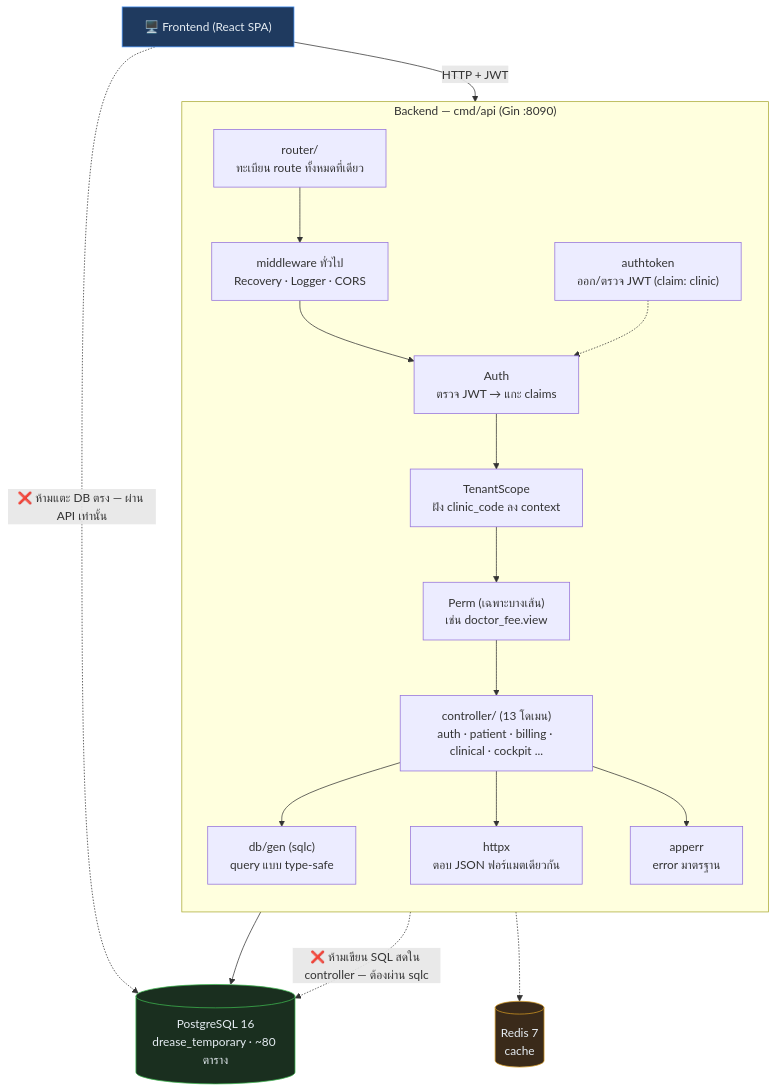
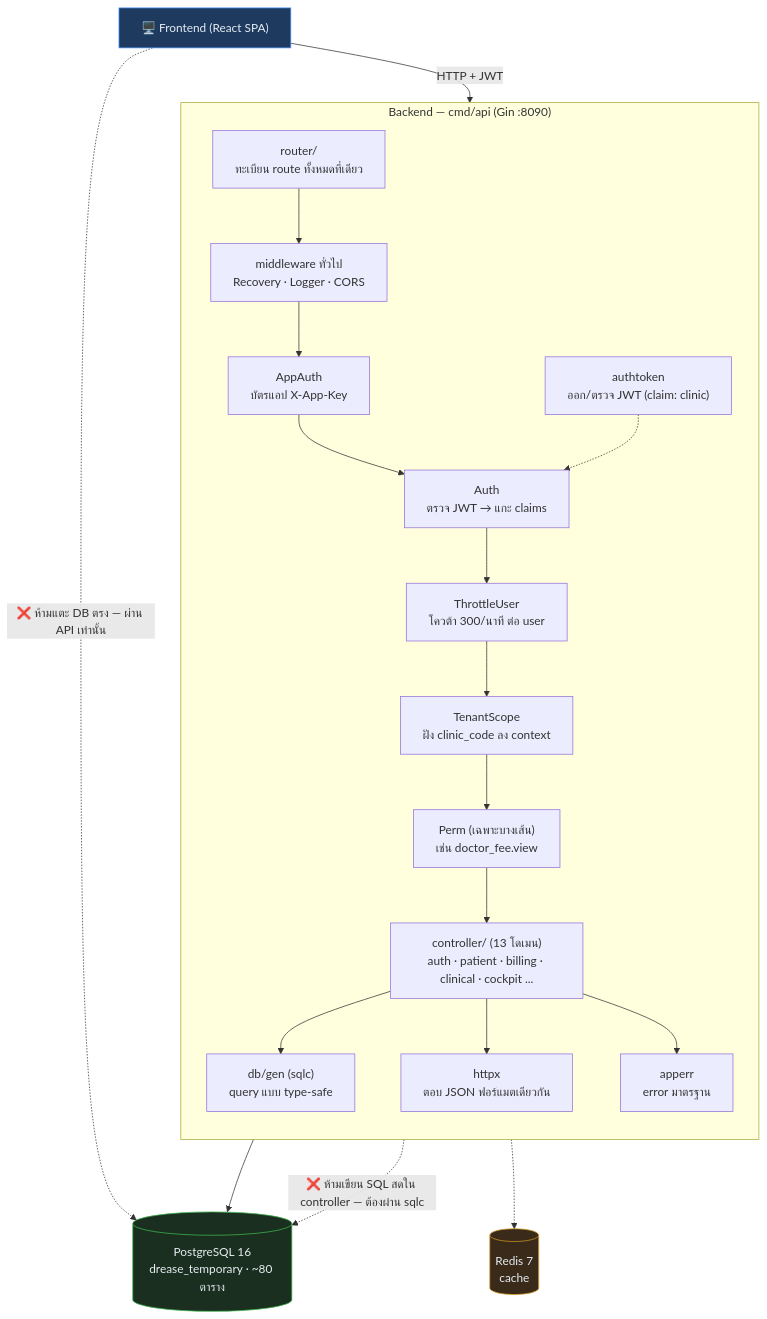
Before and after one commit to atiz-official/atiz-official.github.io: the diagram in docs/BACKEND.md, drawn with Mermaid. The commit also changed other lines of this file and 5 other files, not shown here.

````diff
--- a/docs/BACKEND.md
+++ b/docs/BACKEND.md
@@ -37,27 +39,29 @@
 ```mermaid
 flowchart TD
     FE["🖥️ Frontend (React SPA)"] -- "HTTP + JWT" --> R
 
     subgraph SRV["Backend — cmd/api (Gin :8090)"]
         direction TB
         R["router/<br/>ทะเบียน route ทั้งหมดที่เดียว"] --> M1["middleware ทั่วไป<br/>Recovery · Logger · CORS"]
-        M1 --> A["Auth<br/>ตรวจ JWT → แกะ claims"]
-        A --> T["TenantScope<br/>ฝัง clinic_code ลง context"]
+        M1 --> AP["AppAuth<br/>บัตรแอป X-App-Key"]
+        AP --> A["Auth<br/>ตรวจ JWT → แกะ claims"]
+        A --> TU["ThrottleUser<br/>โควต้า 300/นาที ต่อ user"]
+        TU --> T["TenantScope<br/>ฝัง clinic_code ลง context"]
         T --> P["Perm (เฉพาะบางเส้น)<br/>เช่น doctor_fee.view"]
         P --> C["controller/ (13 โดเมน)<br/>auth · patient · billing · clinical · cockpit ..."]
         C --> Q["db/gen (sqlc)<br/>query แบบ type-safe"]
         C --> H["httpx<br/>ตอบ JSON ฟอร์แมตเดียวกัน"]
         C --> E["apperr<br/>error มาตรฐาน"]
         AT["authtoken<br/>ออก/ตรวจ JWT (claim: clinic)"] -.-> A
     end
 
     Q --> PG[("PostgreSQL 16<br/>drease_temporary · ~80 ตาราง")]
     SRV -.-> RD[("Redis 7<br/>cache")]
 
     C -. "❌ ห้ามเขียน SQL สดใน controller — ต้องผ่าน sqlc" .-> PG
     FE -. "❌ ห้ามแตะ DB ตรง — ผ่าน API เท่านั้น" .-> PG
 
     style FE fill:#1f3a5f,stroke:#4493f8,color:#e6edf3
     style PG fill:#1a2f1f,stroke:#3fb950,color:#e6edf3
     style RD fill:#3a2a1a,stroke:#d29922,color:#e6edf3
 ```
````
